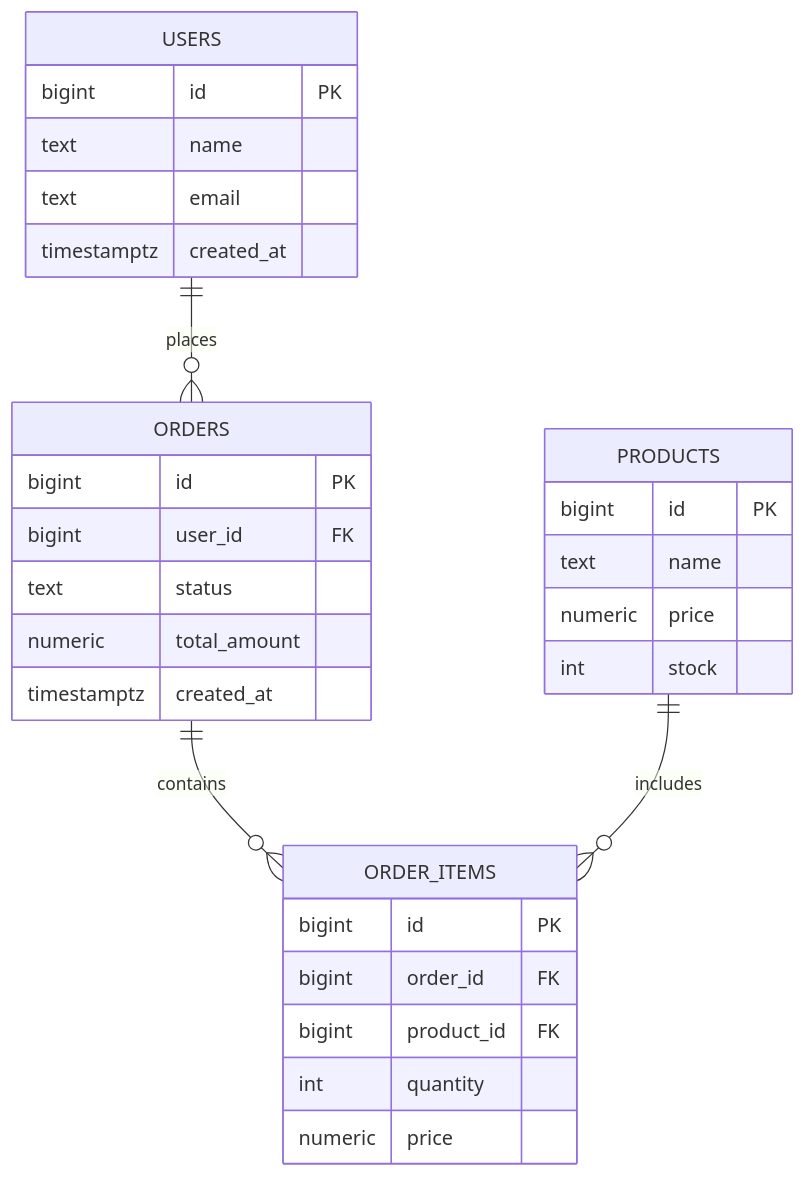
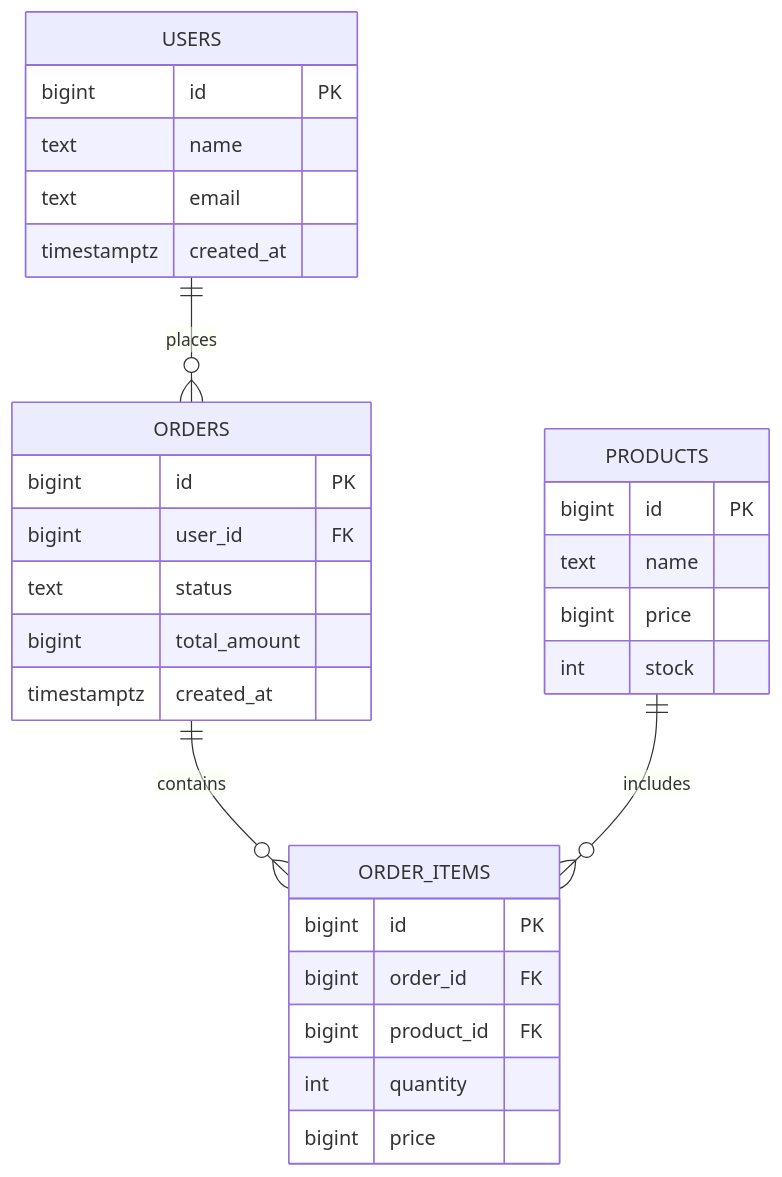
Before and after one commit to mytholog/go-orm-vs-sql: the second of 4 diagrams in docs/webinar.md, drawn with Mermaid. The commit also changed other lines of this file and 13 other files, not shown here.

````diff
--- a/docs/webinar.md
+++ b/docs/webinar.md
@@ -66,32 +66,32 @@
 ```mermaid
 erDiagram
     USERS ||--o{ ORDERS : places
     ORDERS ||--o{ ORDER_ITEMS : contains
     PRODUCTS ||--o{ ORDER_ITEMS : includes
     USERS {
         bigint id PK
         text name
         text email
         timestamptz created_at
     }
     ORDERS {
         bigint id PK
         bigint user_id FK
         text status
-        numeric total_amount
+        bigint total_amount
         timestamptz created_at
     }
     ORDER_ITEMS {
         bigint id PK
         bigint order_id FK
         bigint product_id FK
         int quantity
-        numeric price
+        bigint price
     }
     PRODUCTS {
         bigint id PK
         text name
-        numeric price
+        bigint price
         int stock
     }
 ```
````
